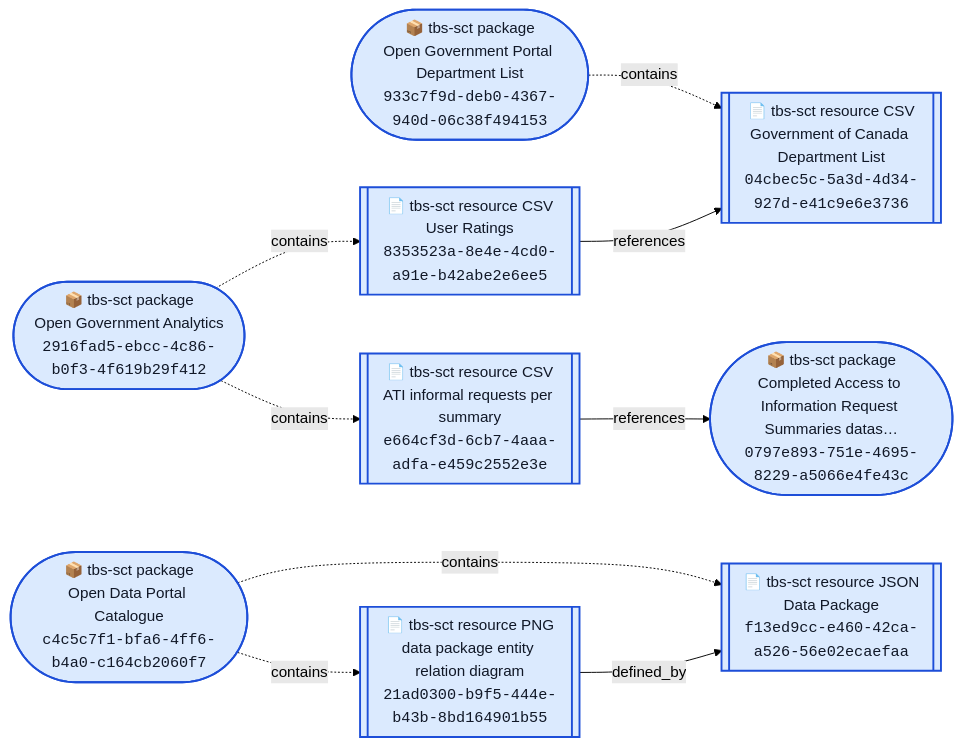
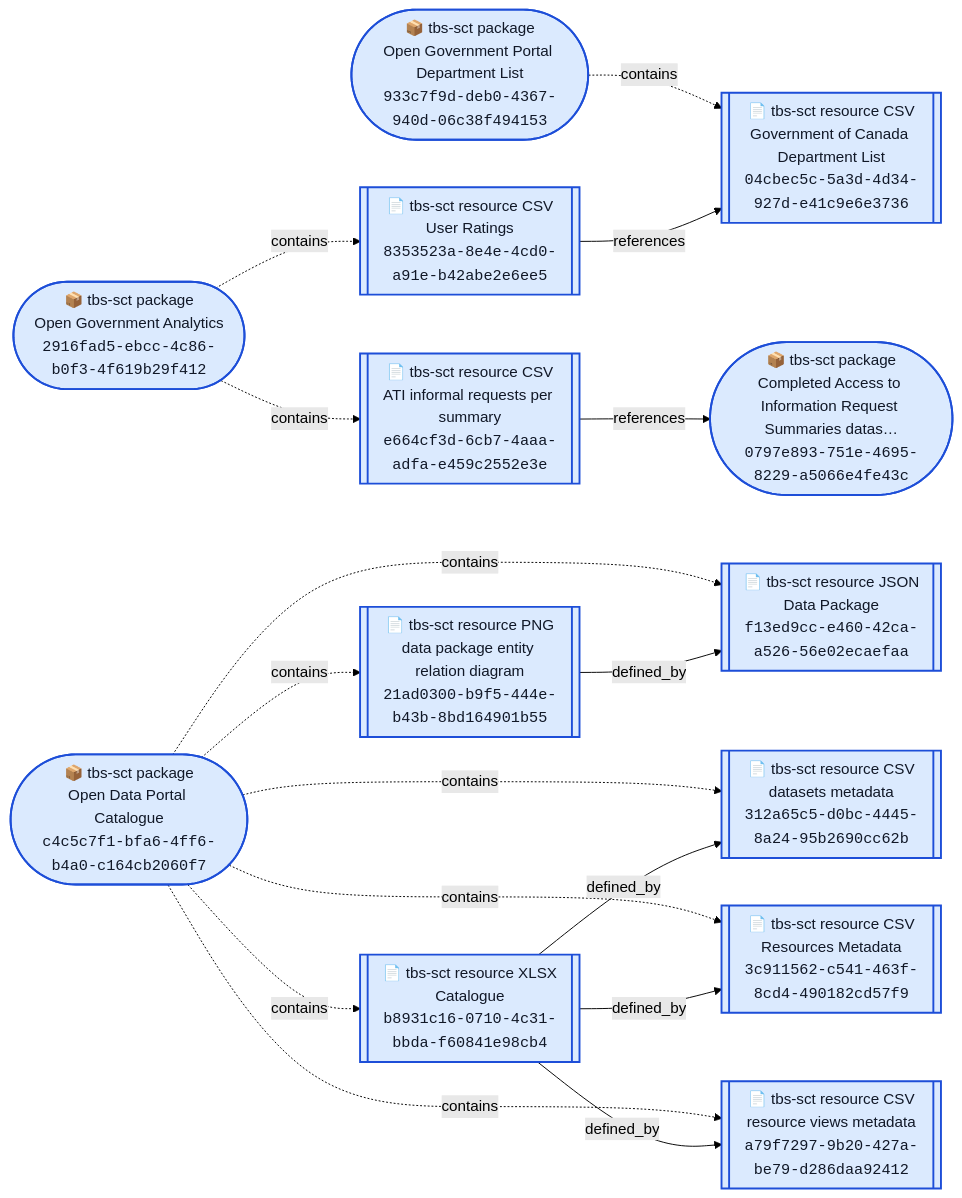
Before and after one commit to open-data/analytics-corporate-reporting: the diagram in DATA_RELS_NETWORK_RPT/charts/tbs-sct.md, drawn with Mermaid (forest theme). The commit also changed 15 other files, not shown here.

````diff
--- a/DATA_RELS_NETWORK_RPT/charts/tbs-sct.md
+++ b/DATA_RELS_NETWORK_RPT/charts/tbs-sct.md
@@ -3,32 +3,47 @@
 ```mermaid
 flowchart LR
   N1(["📦 tbs-sct package<br/>Completed Access to Information Request Summaries datas…<br/><code>0797e893-751e-4695-8229-a5066e4fe43c</code>"])
   N2(["📦 tbs-sct package<br/>Open Government Analytics<br/><code>2916fad5-ebcc-4c86-b0f3-4f619b29f412</code>"])
   N3(["📦 tbs-sct package<br/>Open Government Portal Department List<br/><code>933c7f9d-deb0-4367-940d-06c38f494153</code>"])
   N4(["📦 tbs-sct package<br/>Open Data Portal Catalogue<br/><code>c4c5c7f1-bfa6-4ff6-b4a0-c164cb2060f7</code>"])
   N5[["📄 tbs-sct resource CSV<br/>Government of Canada Department List<br/><code>04cbec5c-5a3d-4d34-927d-e41c9e6e3736</code>"]]
   N6[["📄 tbs-sct resource PNG<br/>data package entity relation diagram<br/><code>21ad0300-b9f5-444e-b43b-8bd164901b55</code>"]]
-  N7[["📄 tbs-sct resource CSV<br/>User Ratings<br/><code>8353523a-8e4e-4cd0-a91e-b42abe2e6ee5</code>"]]
-  N8[["📄 tbs-sct resource CSV<br/>ATI informal requests per summary<br/><code>e664cf3d-6cb7-4aaa-adfa-e459c2552e3e</code>"]]
-  N9[["📄 tbs-sct resource JSON<br/>Data Package<br/><code>f13ed9cc-e460-42ca-a526-56e02ecaefaa</code>"]]
+  N7[["📄 tbs-sct resource CSV<br/>datasets metadata<br/><code>312a65c5-d0bc-4445-8a24-95b2690cc62b</code>"]]
+  N8[["📄 tbs-sct resource CSV<br/>Resources Metadata<br/><code>3c911562-c541-463f-8cd4-490182cd57f9</code>"]]
+  N9[["📄 tbs-sct resource CSV<br/>User Ratings<br/><code>8353523a-8e4e-4cd0-a91e-b42abe2e6ee5</code>"]]
+  N10[["📄 tbs-sct resource CSV<br/>resource views metadata<br/><code>a79f7297-9b20-427a-be79-d286daa92412</code>"]]
+  N11[["📄 tbs-sct resource XLSX<br/>Catalogue<br/><code>b8931c16-0710-4c31-bbda-f60841e98cb4</code>"]]
+  N12[["📄 tbs-sct resource CSV<br/>ATI informal requests per summary<br/><code>e664cf3d-6cb7-4aaa-adfa-e459c2552e3e</code>"]]
+  N13[["📄 tbs-sct resource JSON<br/>Data Package<br/><code>f13ed9cc-e460-42ca-a526-56e02ecaefaa</code>"]]
   N3 -. contains .-> N5
   N4 -. contains .-> N6
-  N2 -. contains .-> N7
-  N2 -. contains .-> N8
-  N4 -. contains .-> N9
-  N6 -- "defined_by" --> N9
-  N7 -- "references" --> N5
-  N8 -- "references" --> N1
+  N4 -. contains .-> N7
+  N4 -. contains .-> N8
+  N2 -. contains .-> N9
+  N4 -. contains .-> N10
+  N4 -. contains .-> N11
+  N2 -. contains .-> N12
+  N4 -. contains .-> N13
+  N6 -- "defined_by" --> N13
+  N9 -- "references" --> N5
+  N11 -- "defined_by" --> N7
+  N11 -- "defined_by" --> N8
+  N11 -- "defined_by" --> N10
+  N12 -- "references" --> N1
   class N1 seed
   class N2 seed
   class N3 seed
   class N4 seed
   class N5 seed
   class N6 seed
   class N7 seed
   class N8 seed
   class N9 seed
+  class N10 seed
+  class N11 seed
+  class N12 seed
+  class N13 seed
   classDef seed fill:#dbeafe,stroke:#1d4ed8,stroke-width:2px,color:#111827
   classDef other fill:#ecfccb,stroke:#4d7c0f,stroke-width:1px,color:#111827
   classDef url fill:#f3f4f6,stroke:#6b7280,stroke-dasharray: 4 3,color:#111827
 ```
````
